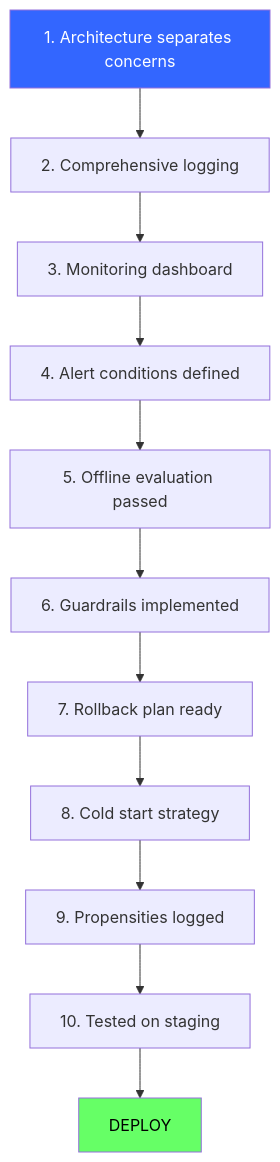
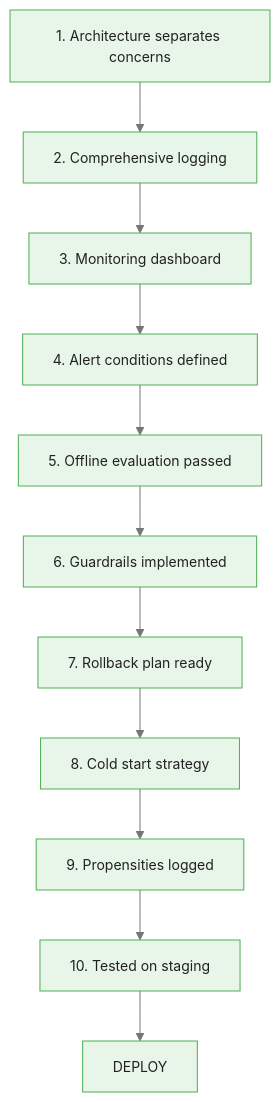
Before and after one commit to m-deane/course-creator: the first of 4 diagrams in courses/multi-armed-bandits-ab-testing/modules/module_07_production_systems/guides/cheatsheet_slides.md, drawn with Mermaid. The commit also changed other lines of this file and 146 other files, not shown here.

````diff
--- a/courses/multi-armed-bandits-ab-testing/modules/module_07_production_systems/guides/cheatsheet_slides.md
+++ b/courses/multi-armed-bandits-ab-testing/modules/module_07_production_systems/guides/cheatsheet_slides.md
@@ -20,16 +20,14 @@
 ```mermaid
+%%{init: {"theme": "base", "themeVariables": {"primaryColor": "#e8f5e9", "primaryBorderColor": "#4caf50", "primaryTextColor": "#212121", "secondaryColor": "#e3f2fd", "tertiaryColor": "#fff8e1", "lineColor": "#757575", "fontFamily": "Inter, sans-serif", "fontSize": "14px"}}}%%
 flowchart TD
     C1["1. Architecture separates concerns"] --> C2["2. Comprehensive logging"]
     C2 --> C3["3. Monitoring dashboard"]
     C3 --> C4["4. Alert conditions defined"]
     C4 --> C5["5. Offline evaluation passed"]
     C5 --> C6["6. Guardrails implemented"]
     C6 --> C7["7. Rollback plan ready"]
     C7 --> C8["8. Cold start strategy"]
     C8 --> C9["9. Propensities logged"]
     C9 --> C10["10. Tested on staging"]
     C10 --> Deploy["DEPLOY"]
-
-    style Deploy fill:#6f6,color:#000
-    style C1 fill:#36f,color:#fff
 ```
````
